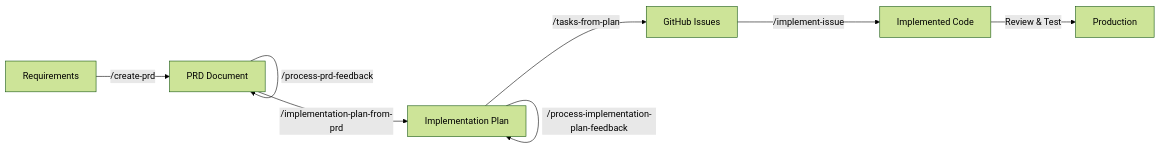
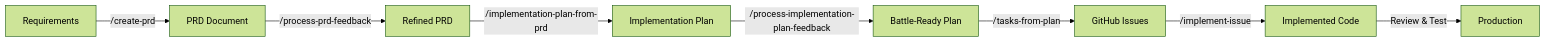
One commit to dgriffith/bad-daves-robot-army changed the diagram in docs/ROBOT_ARMY_GUIDE.md. Above: the diagram before and after it, drawn with Mermaid (forest theme).

Commit message:
fix mentor and graph

````diff
--- a/docs/ROBOT_ARMY_GUIDE.md
+++ b/docs/ROBOT_ARMY_GUIDE.md
@@ -80,10 +80,10 @@
 ```mermaid
 graph LR
     A[Requirements] -->|/create-prd| B[PRD Document]
-    B -->|/process-prd-feedback| B
-    B -->|/implementation-plan-from-prd| C[Implementation Plan]
-    C -->|/process-implementation-plan-feedback| C
-    C -->|/tasks-from-plan| D[GitHub Issues]
+    B -->|/process-prd-feedback| B1[Refined PRD]
+    B1 -->|/implementation-plan-from-prd| C[Implementation Plan]
+    C -->|/process-implementation-plan-feedback| C1[Battle-Ready Plan]
+    C1 -->|/tasks-from-plan| D[GitHub Issues]
     D -->|/implement-issue| E[Implemented Code]
     E -->|Review & Test| F[Production]
 ```
````
